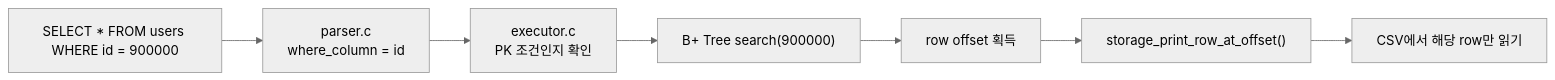
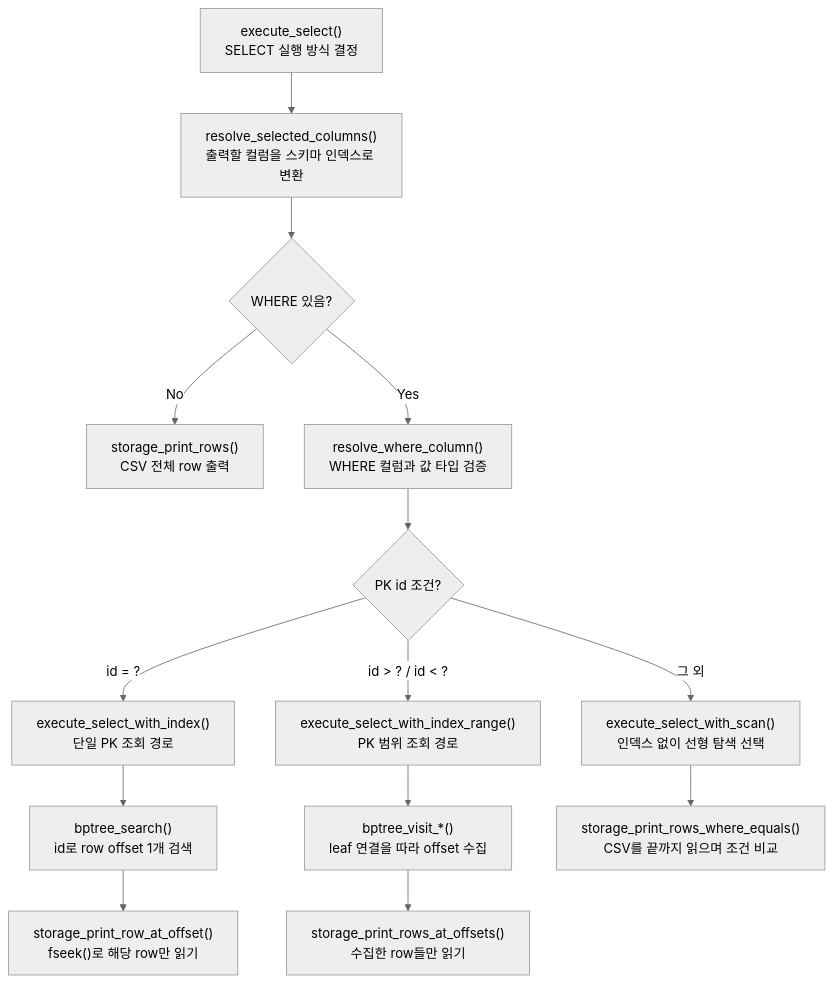
The third of 3 diagrams in README.md (Jungle-12-303/week7-02-sql-index), drawn with Mermaid (neutral theme) before and after one commit. The commit also changed other lines of this file and 2 other files, not shown here.

````diff
--- a/README.md
+++ b/README.md
@@ -202,9 +76,16 @@
 ```mermaid
-flowchart LR
-    A["SELECT * FROM users WHERE id = 900000"] --> B["parser.c<br/>where_column = id"]
-    B --> C["executor.c<br/>PK 조건인지 확인"]
-    C --> D["B+ Tree search(900000)"]
-    D --> E["row offset 획득"]
-    E --> F["storage_print_row_at_offset()"]
-    F --> G["CSV에서 해당 row만 읽기"]
+flowchart TD
+    A["execute_select()<br/>SELECT 실행 방식 결정"] --> B["resolve_selected_columns()<br/>출력할 컬럼을 스키마 인덱스로 변환"]
+    B --> C{"WHERE 있음?"}
+    C -->|No| D["storage_print_rows()<br/>CSV 전체 row 출력"]
+    C -->|Yes| E["resolve_where_column()<br/>WHERE 컬럼과 값 타입 검증"]
+    E --> F{"PK id 조건?"}
+    F -->|"id = ?"| G["execute_select_with_index()<br/>단일 PK 조회 경로"]
+    G --> H["bptree_search()<br/>id로 row offset 1개 검색"]
+    H --> I["storage_print_row_at_offset()<br/>fseek()로 해당 row만 읽기"]
+    F -->|"id > ? / id < ?"| J["execute_select_with_index_range()<br/>PK 범위 조회 경로"]
+    J --> K["bptree_visit_*()<br/>leaf 연결을 따라 offset 수집"]
+    K --> L["storage_print_rows_at_offsets()<br/>수집한 row들만 읽기"]
+    F -->|"그 외"| M["execute_select_with_scan()<br/>인덱스 없이 선형 탐색 선택"]
+    M --> N["storage_print_rows_where_equals()<br/>CSV를 끝까지 읽으며 조건 비교"]
 ```
````
